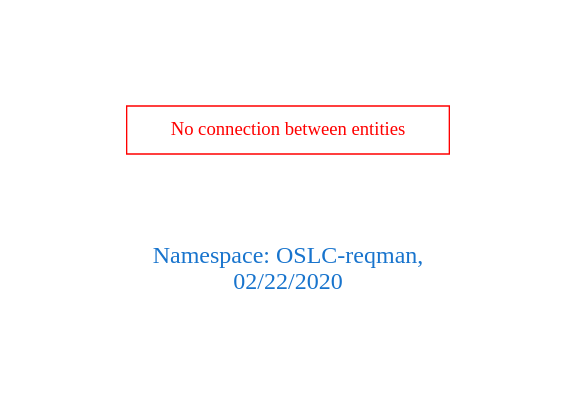
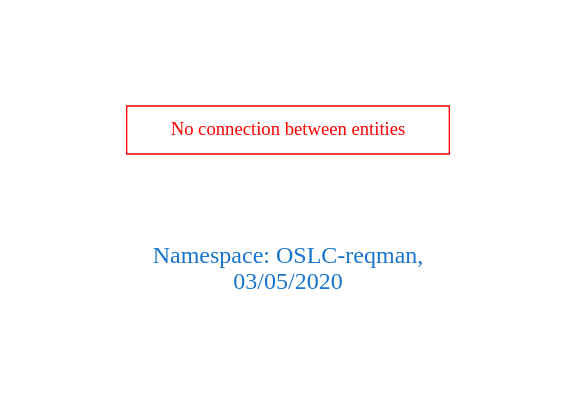
The diagram in downloads/OSLC-reqman.dot (arago/OGIT), drawn with Graphviz before and after one commit. The commit also changed 1714 other files, not shown here.

```diff
--- a/downloads/OSLC-reqman.dot
+++ b/downloads/OSLC-reqman.dot
@@ -1,9 +1,9 @@
 digraph OGIT_ontology {
  graph [ rankdir= LR,pad=1 
 fontsize = 18,
-fontcolor= dodgerblue3,label = "\n\n\nNamespace: OSLC-reqman, \n 02/22/2020"];
+fontcolor= dodgerblue3,label = "\n\n\nNamespace: OSLC-reqman, \n 03/05/2020"];
 node[shape=polygon];
 edge [  color="gray81"];
 
 "No connection between entities" [fontcolor = "red",color="red", shape="polygon"]
 }
```
